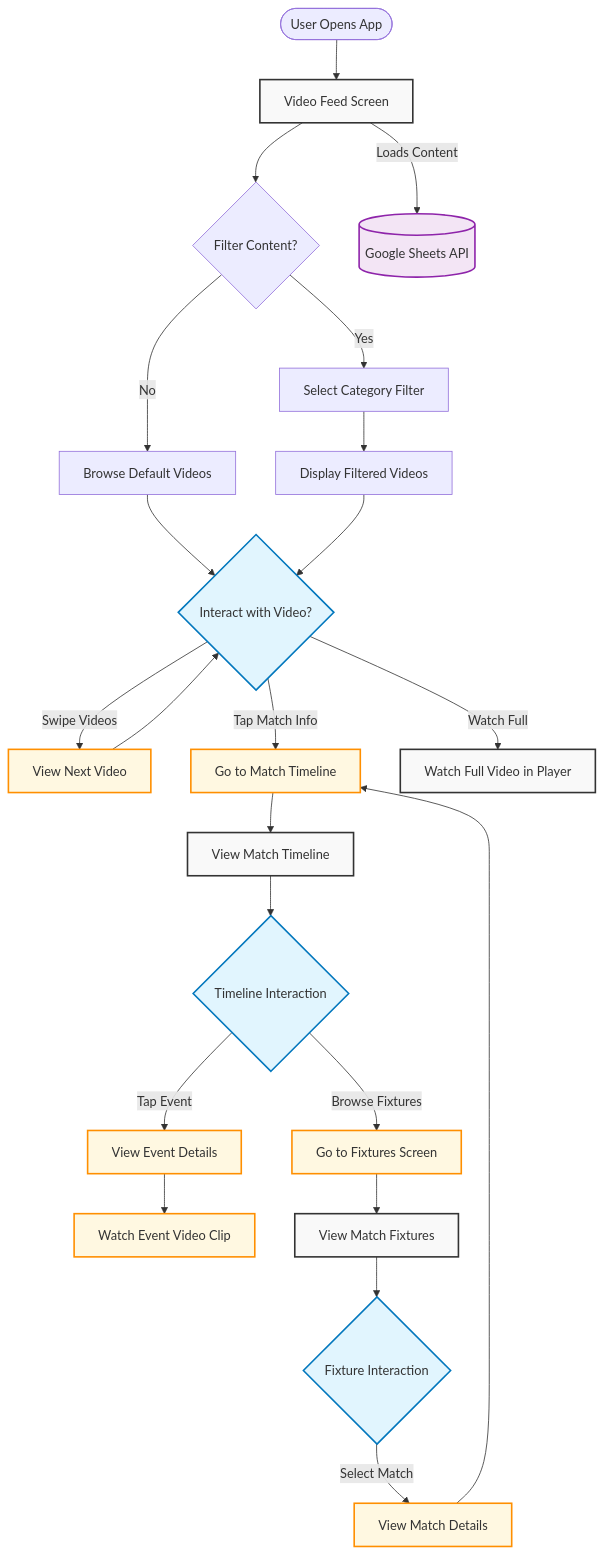
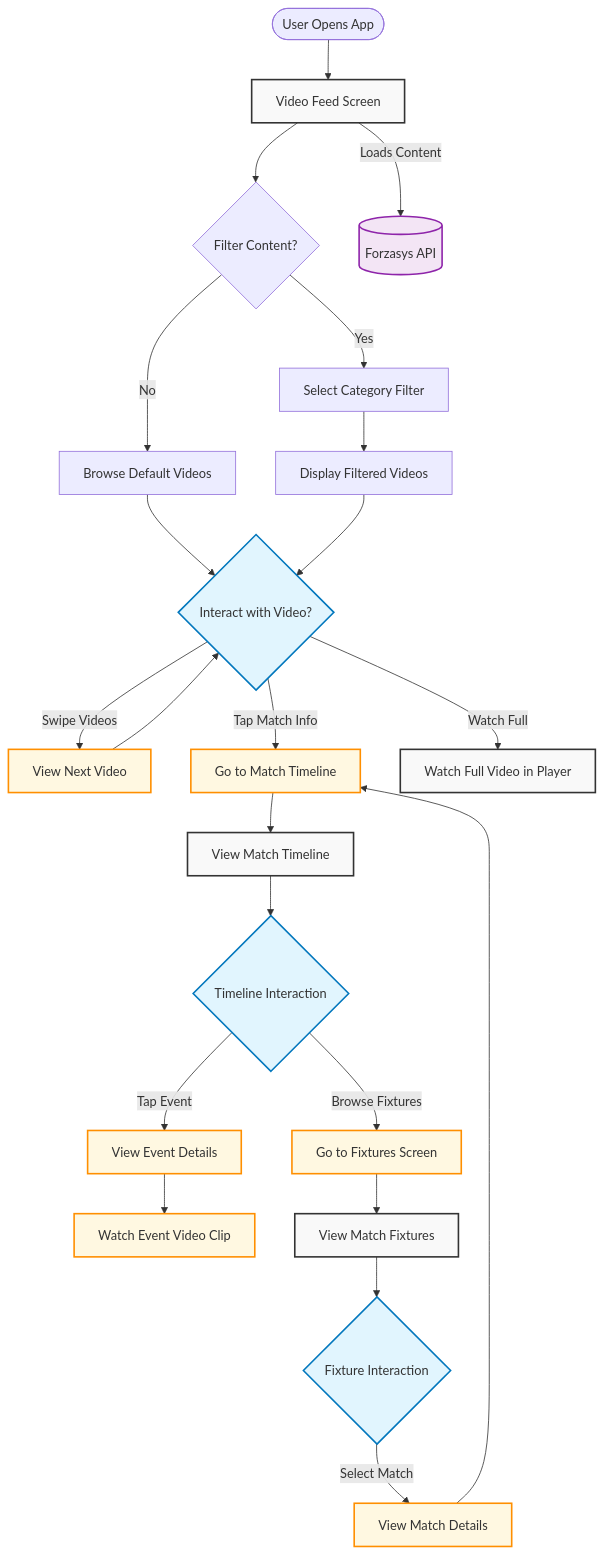
Before and after one commit to forzasys-students/ForzaGram: the diagram in README.md, drawn with Mermaid. The commit also changed other lines of this file, not shown here.

````diff
--- a/README.md
+++ b/README.md
@@ -8,49 +83,49 @@
 ```mermaid
 flowchart TD
     %% User Workflow
     Start([User Opens App]) --> VideoFeed[Video Feed Screen]
     
     %% Video Feed Main Flow
     VideoFeed --> FilterContent{Filter Content?}
     FilterContent -- "Yes" --> SelectFilter[Select Category Filter]
     SelectFilter --> ShowFiltered[Display Filtered Videos]
     FilterContent -- "No" --> BrowseVideos[Browse Default Videos]
     
     %% Video Interaction
     BrowseVideos --> VideoInteraction{Interact with Video?}
     ShowFiltered --> VideoInteraction
     
     VideoInteraction -- "Swipe Videos" --> NextVideo[View Next Video]
     NextVideo --> VideoInteraction
     
     VideoInteraction -- "Tap Match Info" --> GoToTimeline[Go to Match Timeline]
     VideoInteraction -- "Watch Full" --> PlayFullVideo[Watch Full Video in Player]
     
     %% Timeline Flow
     GoToTimeline --> ViewTimeline[View Match Timeline]
     ViewTimeline --> TimelineInteraction{Timeline Interaction}
     
     TimelineInteraction -- "Tap Event" --> ViewEvent[View Event Details]
     ViewEvent --> WatchEvent[Watch Event Video Clip]
     TimelineInteraction -- "Browse Fixtures" --> GoToFixtures[Go to Fixtures Screen]
     
     %% Fixtures Flow
     GoToFixtures --> ViewFixtures[View Match Fixtures]
     ViewFixtures --> FixtureInteraction{Fixture Interaction}
     FixtureInteraction -- "Select Match" --> MatchDetails[View Match Details]
     MatchDetails --> GoToTimeline
     
     %% Data Source
-    VideoFeed -- "Loads Content" --> GoogleSheets[(Google Sheets API)]
+    VideoFeed -- "Loads Content" --> GoogleSheets[(Forzasys API)]
     
     %% Styling
     classDef screen fill:#f9f9f9,stroke:#333,stroke-width:2px
     classDef interaction fill:#e1f5fe,stroke:#0277bd,stroke-width:2px
     classDef action fill:#fff8e1,stroke:#ff8f00,stroke-width:2px
     classDef dataSource fill:#f3e5f5,stroke:#8e24aa,stroke-width:2px
     
     class VideoFeed,ViewTimeline,PlayFullVideo,ViewFixtures screen
     class VideoInteraction,TimelineInteraction,FixtureInteraction interaction
     class NextVideo,GoToTimeline,ViewEvent,WatchEvent,GoToFixtures,MatchDetails action
     class GoogleSheets dataSource
 ``` 
````
